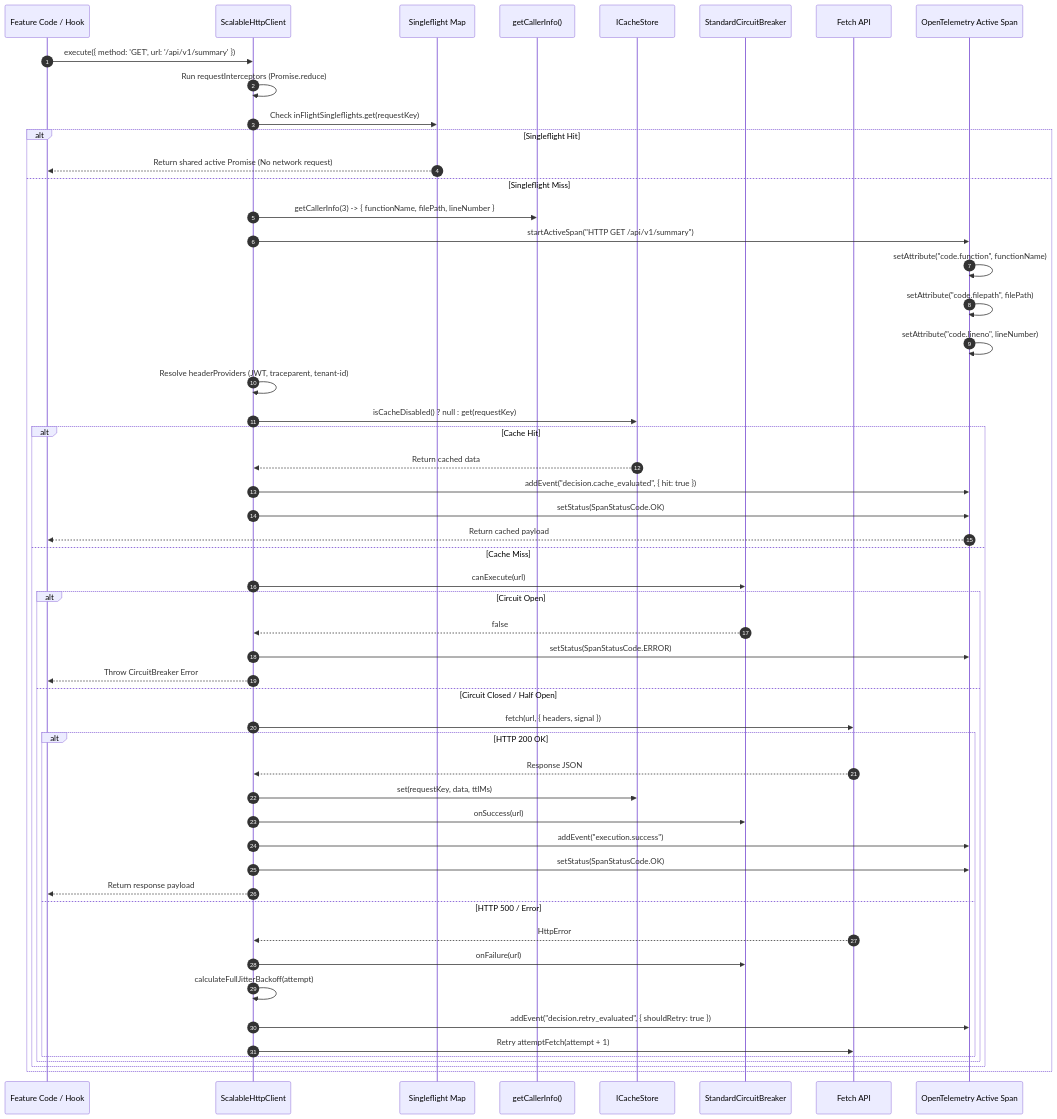
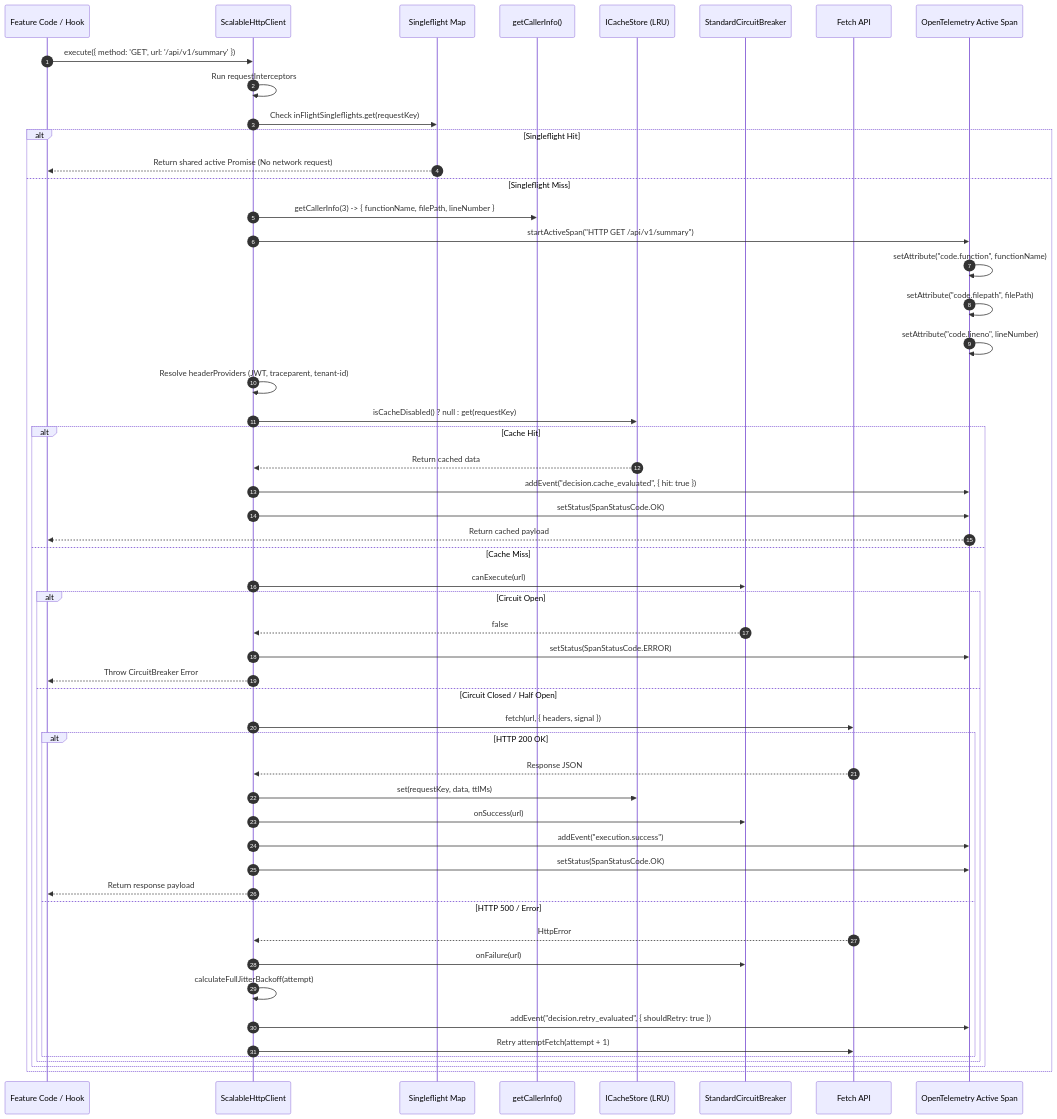
One commit to Chief-Strategist-J/llm-observability-platform changed the third of 3 diagrams in packages/node/shared-infra/docs/adr/0001-scalable-resilient-telemetry-http-pipeline.md. Above: the diagram before and after it, drawn with Mermaid. The commit also changed other lines of this file and 4 other files, not shown here.

````diff
--- a/packages/node/shared-infra/docs/adr/0001-scalable-resilient-telemetry-http-pipeline.md
+++ b/packages/node/shared-infra/docs/adr/0001-scalable-resilient-telemetry-http-pipeline.md
@@ -148,56 +148,56 @@
 ```mermaid
 sequenceDiagram
   autonumber
   participant Caller as Feature Code / Hook
   participant Client as ScalableHttpClient
   participant SF as Singleflight Map
   participant CodeTracer as getCallerInfo()
-  participant Cache as ICacheStore
+  participant Cache as ICacheStore (LRU)
   participant CB as StandardCircuitBreaker
   participant Fetch as Fetch API
   participant OTEL as OpenTelemetry Active Span
 
   Caller->>Client: execute({ method: 'GET', url: '/api/v1/summary' })
-  Client->>Client: Run requestInterceptors (Promise.reduce)
+  Client->>Client: Run requestInterceptors
   Client->>SF: Check inFlightSingleflights.get(requestKey)
   alt Singleflight Hit
     SF-->>Caller: Return shared active Promise (No network request)
   else Singleflight Miss
     Client->>CodeTracer: getCallerInfo(3) -> { functionName, filePath, lineNumber }
     Client->>OTEL: startActiveSpan("HTTP GET /api/v1/summary")
     OTEL->>OTEL: setAttribute("code.function", functionName)
     OTEL->>OTEL: setAttribute("code.filepath", filePath)
     OTEL->>OTEL: setAttribute("code.lineno", lineNumber)
     Client->>Client: Resolve headerProviders (JWT, traceparent, tenant-id)
     Client->>Cache: isCacheDisabled() ? null : get(requestKey)
     alt Cache Hit
       Cache-->>Client: Return cached data
       Client->>OTEL: addEvent("decision.cache_evaluated", { hit: true })
       Client->>OTEL: setStatus(SpanStatusCode.OK)
       OTEL-->>Caller: Return cached payload
     else Cache Miss
       Client->>CB: canExecute(url)
       alt Circuit Open
         CB-->>Client: false
         Client->>OTEL: setStatus(SpanStatusCode.ERROR)
         Client-->>Caller: Throw CircuitBreaker Error
       else Circuit Closed / Half Open
         Client->>Fetch: fetch(url, { headers, signal })
         alt HTTP 200 OK
           Fetch-->>Client: Response JSON
           Client->>Cache: set(requestKey, data, ttlMs)
           Client->>CB: onSuccess(url)
           Client->>OTEL: addEvent("execution.success")
           Client->>OTEL: setStatus(SpanStatusCode.OK)
           Client-->>Caller: Return response payload
         else HTTP 500 / Error
           Fetch-->>Client: HttpError
           Client->>CB: onFailure(url)
           Client->>Client: calculateFullJitterBackoff(attempt)
           Client->>OTEL: addEvent("decision.retry_evaluated", { shouldRetry: true })
           Client->>Fetch: Retry attemptFetch(attempt + 1)
         end
       end
     end
   end
 ```
````
